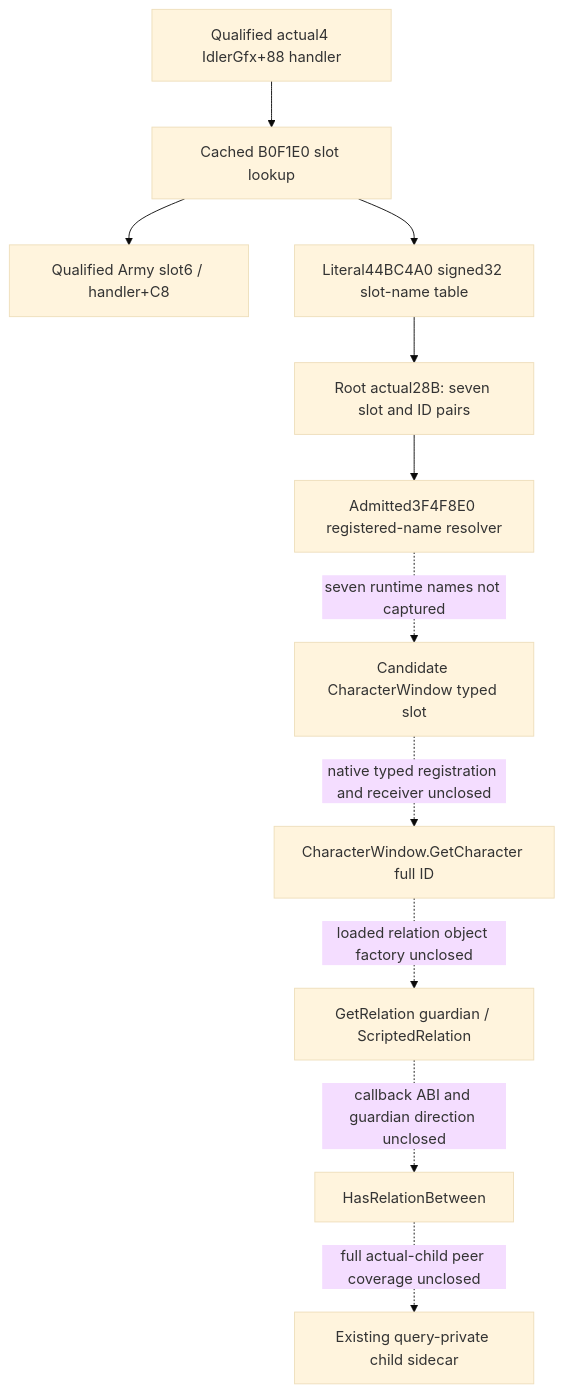
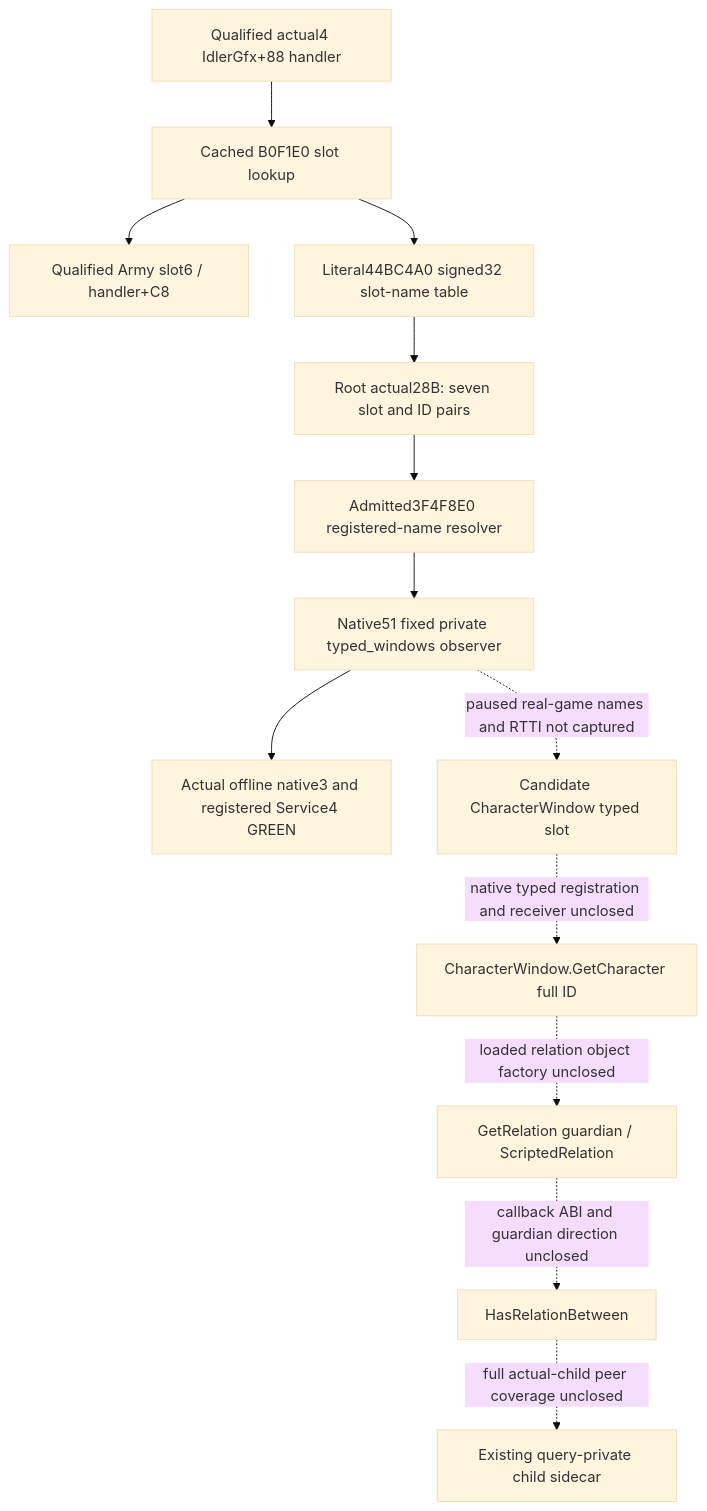
One commit to XenoAmess/ck3_eternal_recurrence changed the diagram in docs/ck3-native-ai/character-window-guardian-native-provider-12004.md. Above: the diagram before and after it, drawn with Mermaid (base theme). The commit also changed other lines of this file, not shown here.

Commit message:
Record Native51 static qualification and SDK source split

````diff
--- a/docs/ck3-native-ai/character-window-guardian-native-provider-12004.md
+++ b/docs/ck3-native-ai/character-window-guardian-native-provider-12004.md
@@ -116,13 +191,15 @@
 ```mermaid
 flowchart TD
   I[Qualified actual4 IdlerGfx+88 handler] --> S[Cached B0F1E0 slot lookup]
   S --> A[Qualified Army slot6 / handler+C8]
   S --> T[Literal44BC4A0 signed32 slot-name table]
   T --> P[Root actual28B: seven slot and ID pairs]
   P --> N[Admitted3F4F8E0 registered-name resolver]
-  N -. seven runtime names not captured .-> C[Candidate CharacterWindow typed slot]
+  N --> D[Native51 fixed private typed_windows observer]
+  D --> F[Actual offline native3 and registered Service4 GREEN]
+  D -. paused real-game names and RTTI not captured .-> C[Candidate CharacterWindow typed slot]
   C -. native typed registration and receiver unclosed .-> G[CharacterWindow.GetCharacter full ID]
   G -. loaded relation object factory unclosed .-> R[GetRelation guardian / ScriptedRelation]
   R -. callback ABI and guardian direction unclosed .-> H[HasRelationBetween]
   H -. full actual-child peer coverage unclosed .-> O[Existing query-private child sidecar]
 ```
````
